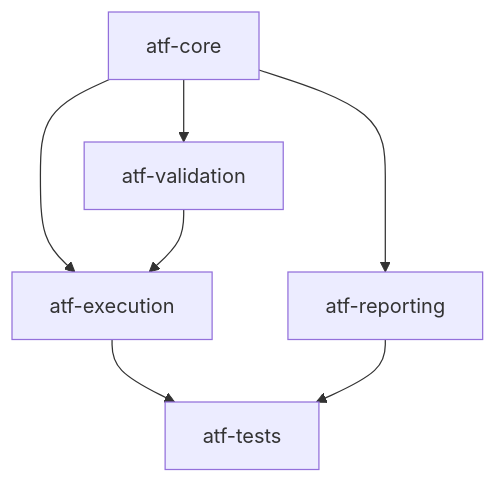
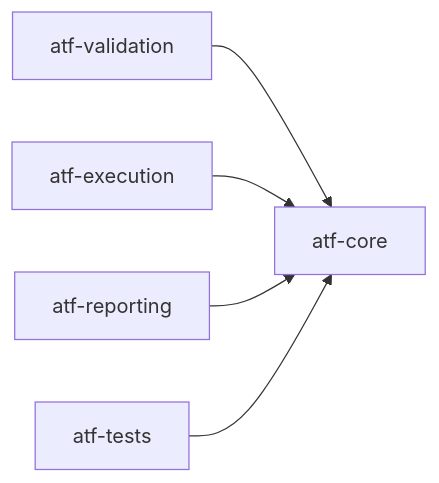
One commit to crististefanita/demo2 changed the diagram in atf-core/README.md. Above: the diagram before and after it, drawn with Mermaid. The commit also changed other lines of this file and 38 other files, not shown here.

Commit message:
Refine Java ATF reporting and execution contracts

````diff
--- a/atf-core/README.md
+++ b/atf-core/README.md
@@ -9,15 +9,7 @@
 ```mermaid
-flowchart TD
-    Core[atf-core]
-    Validation[atf-validation]
-    Execution[atf-execution]
-    Reporting[atf-reporting]
-    Tests[atf-tests]
-
-    Core --> Validation
-    Core --> Execution
-    Core --> Reporting
-    Validation --> Execution
-    Execution --> Tests
-    Reporting --> Tests
+flowchart LR
+    Validation[atf-validation] --> Core[atf-core]
+    Execution[atf-execution] --> Core
+    Reporting[atf-reporting] --> Core
+    Tests[atf-tests] --> Core
 ```
````
